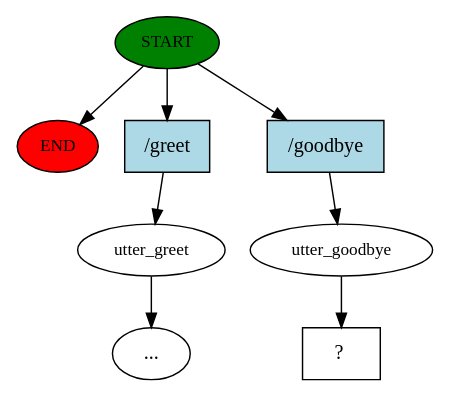
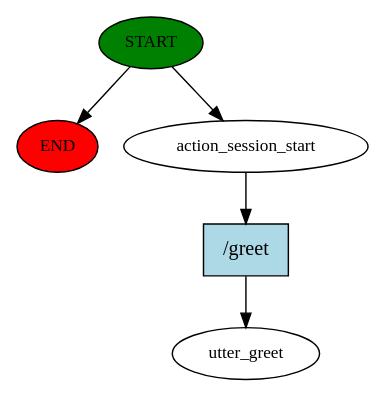
The diagram in story_graph.dot (ZandreeTresvalles/mhcb-ai), drawn with Graphviz before and after one commit. The commit also changed 356 other files, not shown here.

```diff
--- a/story_graph.dot
+++ b/story_graph.dot
@@ -1,17 +1,11 @@
 digraph  {
 0 [class="start active", fillcolor=green, fontsize=12, label=START, style=filled];
 "-1" [class=end, fillcolor=red, fontsize=12, label=END, style=filled];
-1 [class="", fontsize=12, label=utter_greet];
-"-6" [class=ellipsis, label="..."];
-5 [class=active, fontsize=12, label=utter_goodbye];
-6 [class="intent dashed active", label="  ?  ", shape=rect];
-7 [class=intent, fillcolor=lightblue, label="/greet", shape=rect, style=filled];
-8 [class="intent active", fillcolor=lightblue, label="/goodbye", shape=rect, style=filled];
+1 [class=active, fontsize=12, label=action_session_start];
+2 [class="dashed active", fontsize=12, label=utter_greet];
+3 [class="intent active", fillcolor=lightblue, label="/greet", shape=rect, style=filled];
 0 -> "-1"  [class="", key=NONE, label=""];
-0 -> 7  [class="", key=0];
-0 -> 8  [class=active, key=0];
-1 -> "-6"  [class="", key=NONE, label=""];
-5 -> 6  [class=active, key=NONE, label=""];
-7 -> 1  [class="", key=0];
-8 -> 5  [class=active, key=0];
+0 -> 1  [class=active, key=NONE, label=""];
+1 -> 3  [class=active, key=0];
+3 -> 2  [class=active, key=0];
 }
```
